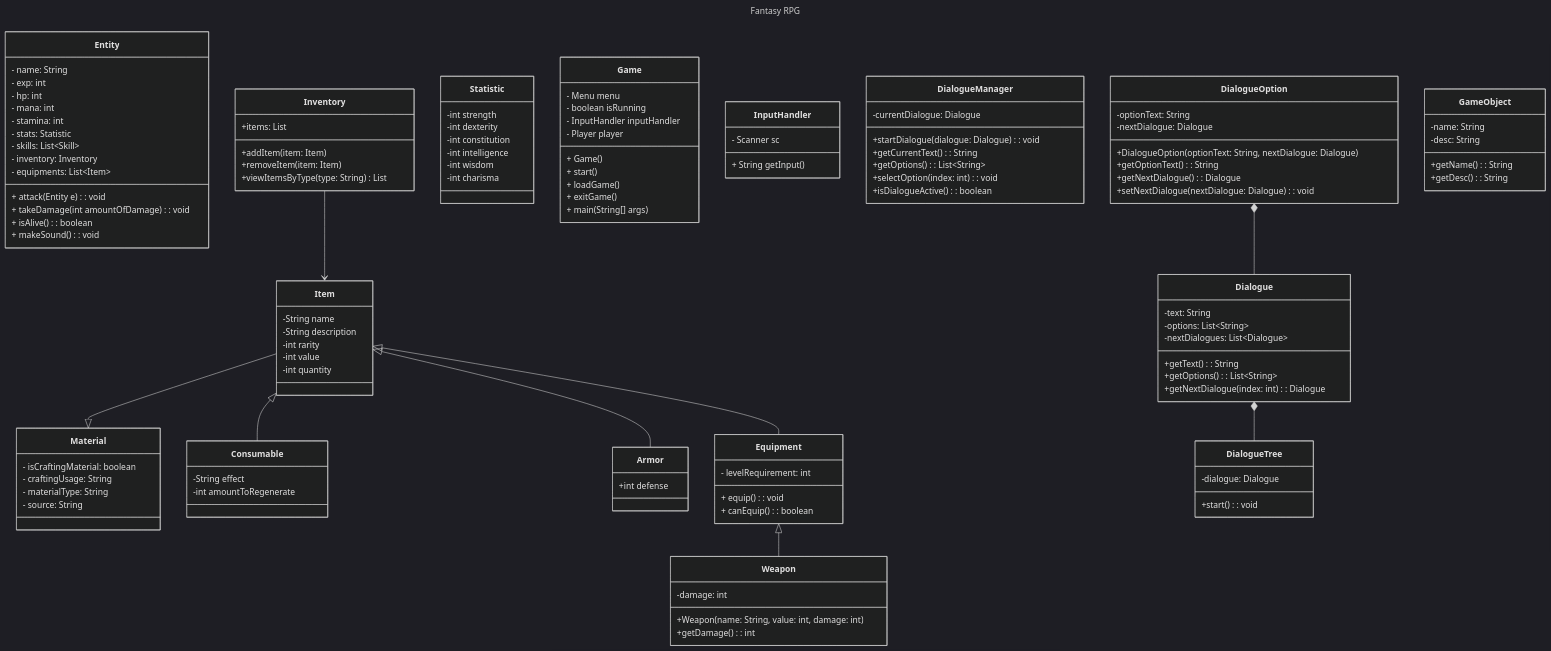
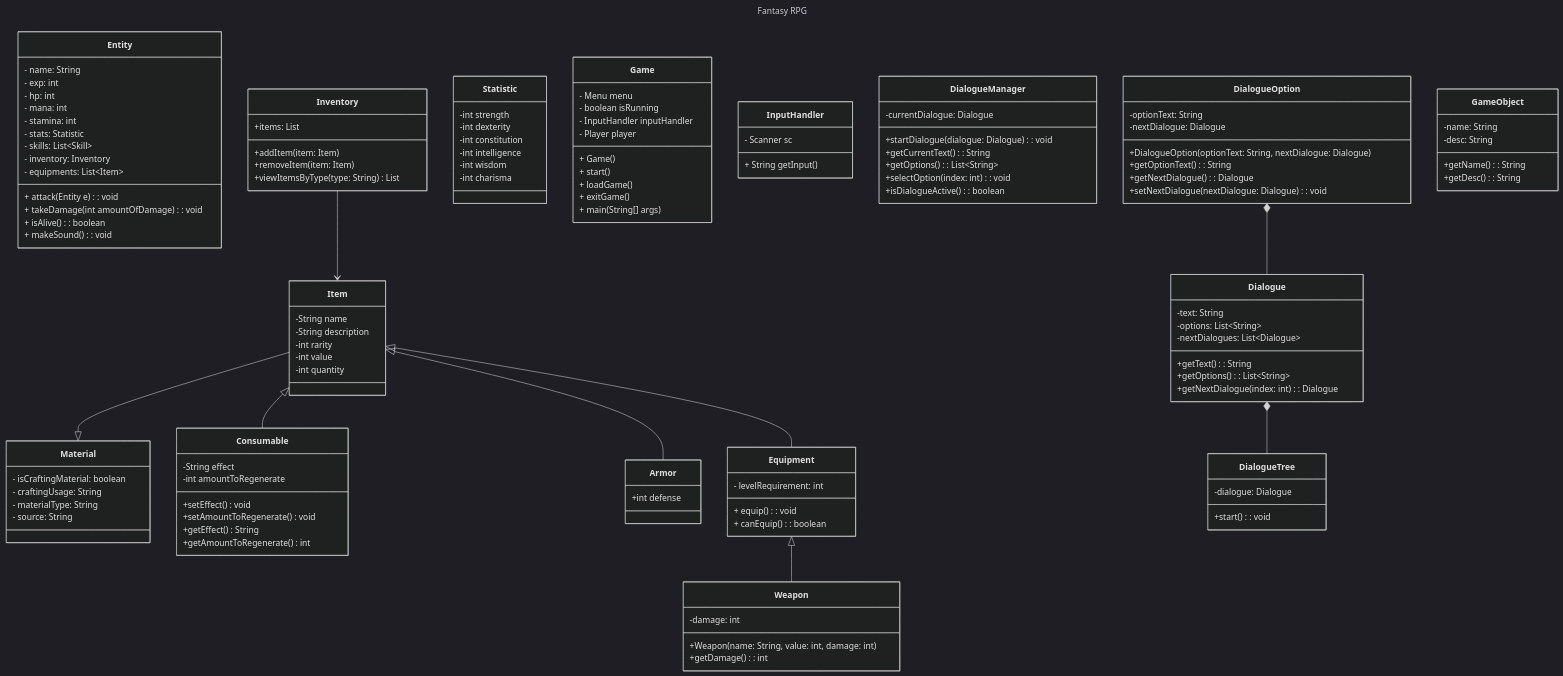
The diagram in wiki/Class-Diagram.md (pacalso-jjc/2425-2nd-cc3-1b-rpg), drawn with Mermaid (dark theme) before and after one commit.

Commit message:
doc-188: Updated the Consumable Diagram(Included getter&Setter

```diff
--- a/wiki/Class-Diagram.md
+++ b/wiki/Class-Diagram.md
@@ -49,6 +49,10 @@
     class Consumable {
         -String effect
         -int amountToRegenerate 
+        +setEffect() void
+        +setAmountToRegenerate() void
+        +getEffect() String
+        +getAmountToRegenerate() int
     }
 
     Item <|-- Armor
```
